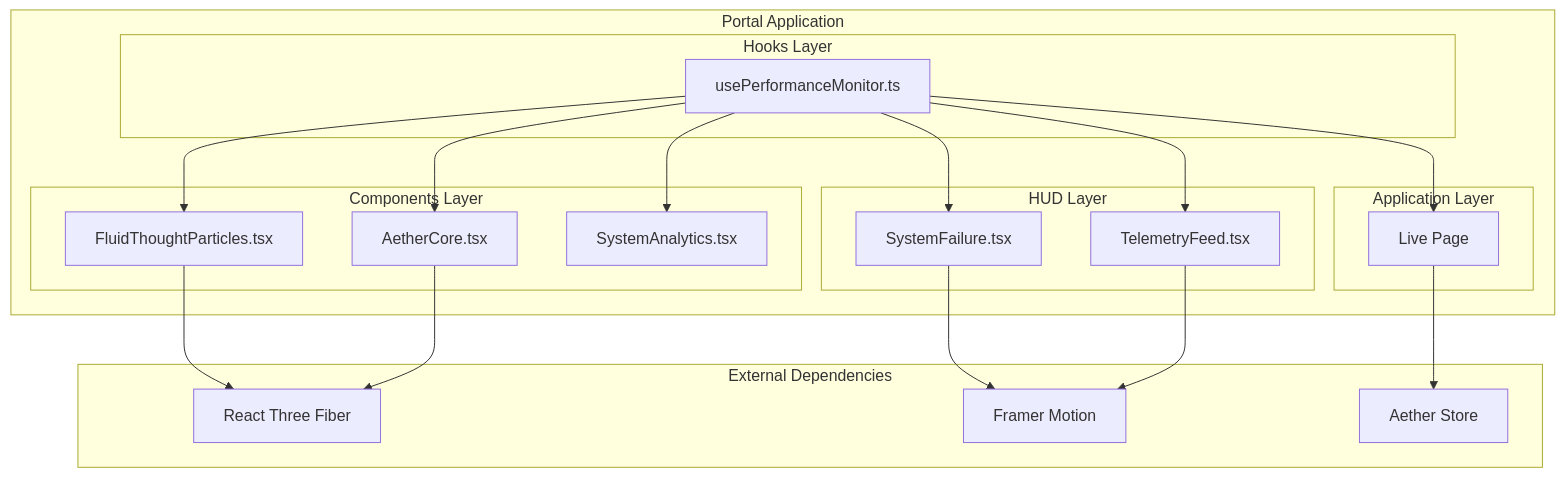
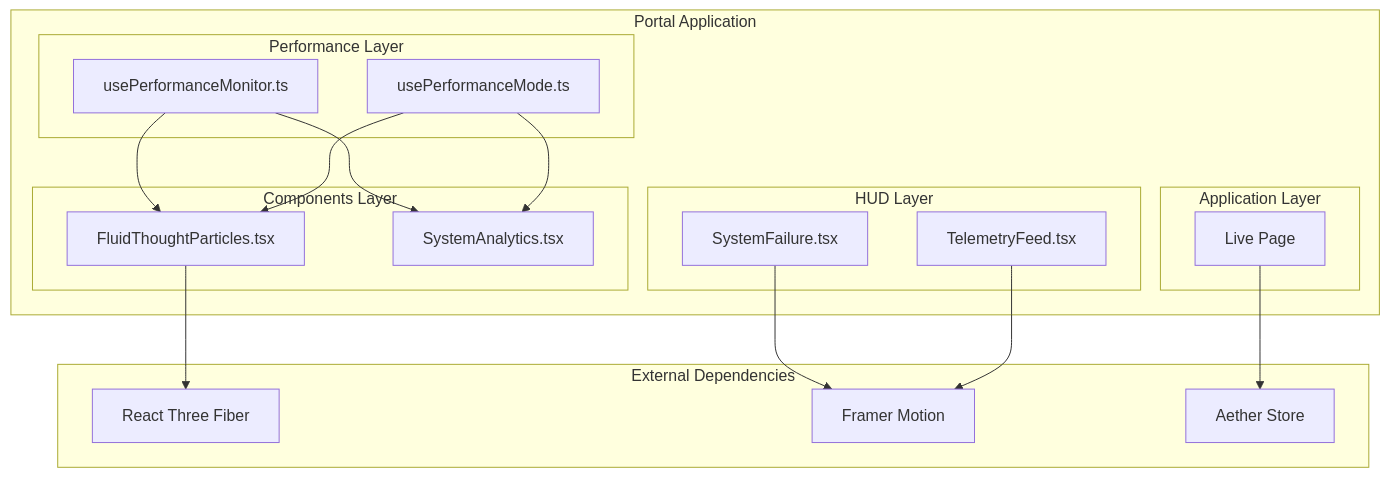
Before and after one commit to Moeabdelaziz007/Aether-Voice-OS: the first of 6 diagrams in .qoder/repowiki/en/content/Frontend Application/State Management and Hooks/Performance Monitor Hook.md, drawn with Mermaid. The commit also changed other lines of this file and 29 other files, not shown here.

````diff
--- a/.qoder/repowiki/en/content/Frontend Application/State Management and Hooks/Performance Monitor Hook.md
+++ b/.qoder/repowiki/en/content/Frontend Application/State Management and Hooks/Performance Monitor Hook.md
@@ -35,36 +45,33 @@
 ```mermaid
 graph TB
 subgraph "Portal Application"
-subgraph "Hooks Layer"
+subgraph "Performance Layer"
 PMH[usePerformanceMonitor.ts]
+PM[usePerformanceMode.ts]
 end
 subgraph "Components Layer"
 FTP[FluidThoughtParticles.tsx]
-AC[AetherCore.tsx]
 SA[SystemAnalytics.tsx]
 end
 subgraph "HUD Layer"
 SF[SystemFailure.tsx]
 TF[TelemetryFeed.tsx]
 end
 subgraph "Application Layer"
 LP[Live Page]
 end
 end
 subgraph "External Dependencies"
 R3F[React Three Fiber]
 Framer[Framer Motion]
 Store[Aether Store]
 end
 PMH --> FTP
-PMH --> AC
 PMH --> SA
-PMH --> SF
-PMH --> TF
-PMH --> LP
+PM --> FTP
+PM --> SA
 FTP --> R3F
-AC --> R3F
 SF --> Framer
 TF --> Framer
 LP --> Store
 ```
````
